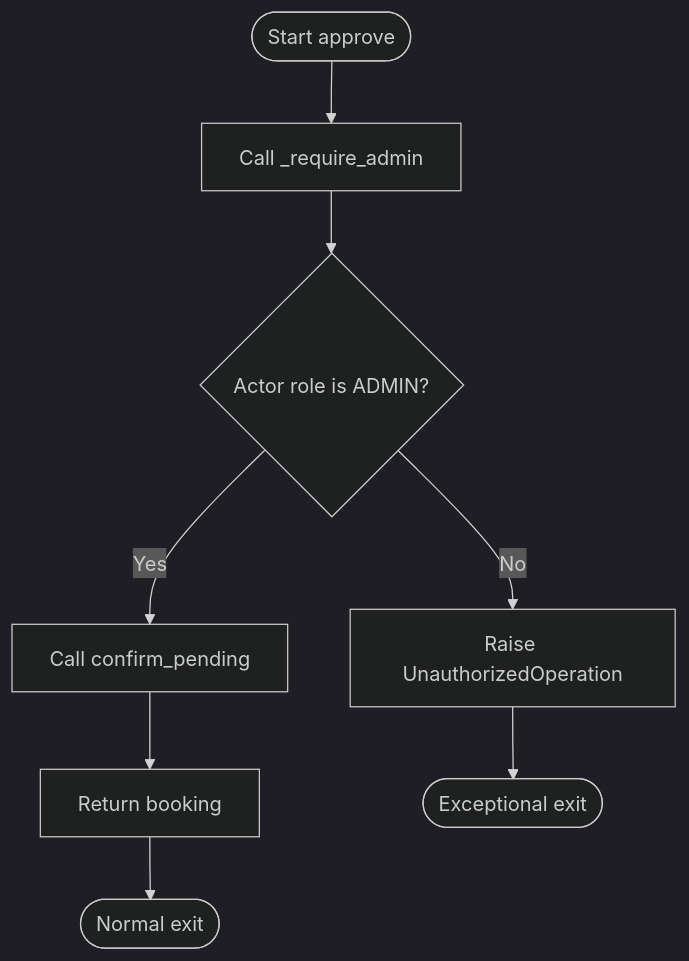
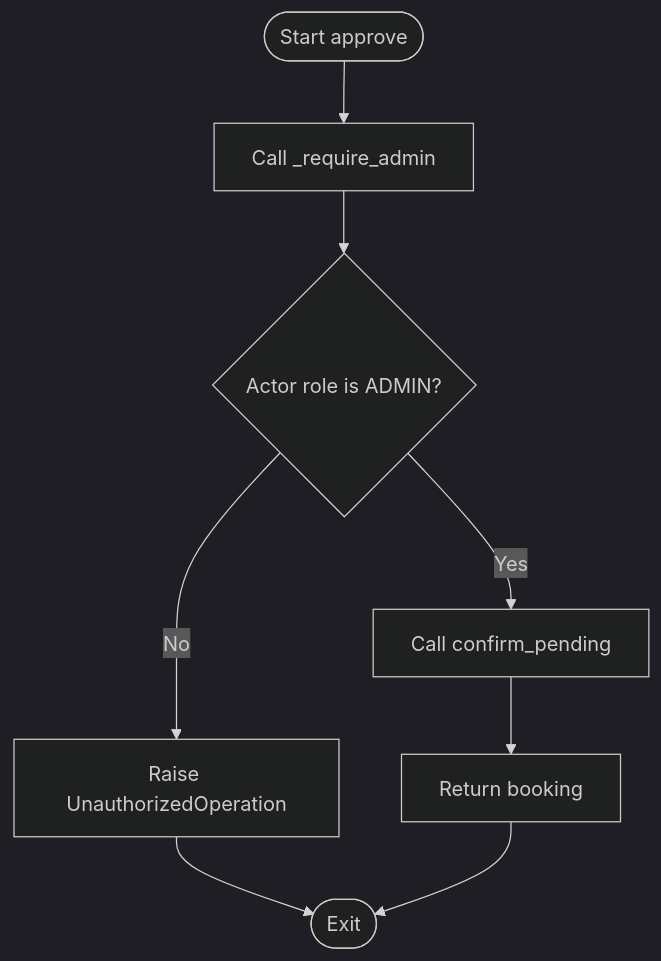
One commit to umerx10/campus-facility-booking-system changed the diagram in docs/m2/umer-whitebox.md. Above: the diagram before and after it, drawn with Mermaid (dark theme). The commit also changed other lines of this file and 5 other files, not shown here.

````diff
--- a/docs/m2/umer-whitebox.md
+++ b/docs/m2/umer-whitebox.md
@@ -50,10 +99,19 @@
 ```mermaid
+
 flowchart TD
+
     A([Start approve]) --> B[Call _require_admin]
+
     B --> C{Actor role is ADMIN?}
+
     C -->|No| D[Raise UnauthorizedOperation]
+
     C -->|Yes| E[Call confirm_pending]
+
     E --> F[Return booking]
-    D --> G([Exceptional exit])
-    F --> H([Normal exit])
+
+    D --> G([Exit])
+
+    F --> G
+
 ```
````
